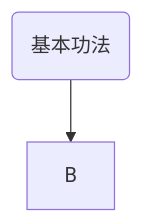
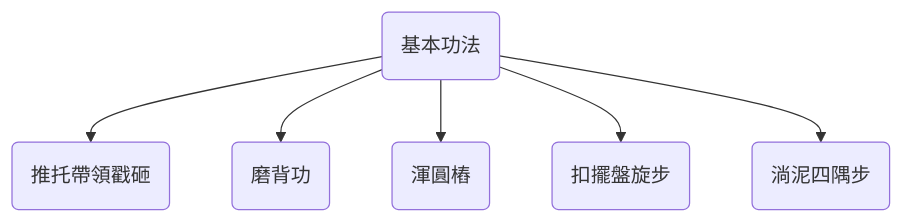
One commit to hfyeh/taiji changed the third of 3 diagrams in chap04/README.md. Above: the diagram before and after it, drawn with Mermaid.

````diff
--- a/chap04/README.md
+++ b/chap04/README.md
@@ -30,4 +30,8 @@
 ```mermaid
 graph TD;
-    A(基本功法)-->B;
+    A(基本功法)-->B(推托帶領戳砸);
+    A(基本功法)-->C(磨背功);
+    A(基本功法)-->D(渾圓樁);
+    A(基本功法)-->E(扣擺盤旋步);
+    A(基本功法)-->F(淌泥四隅步);
 ```
````
